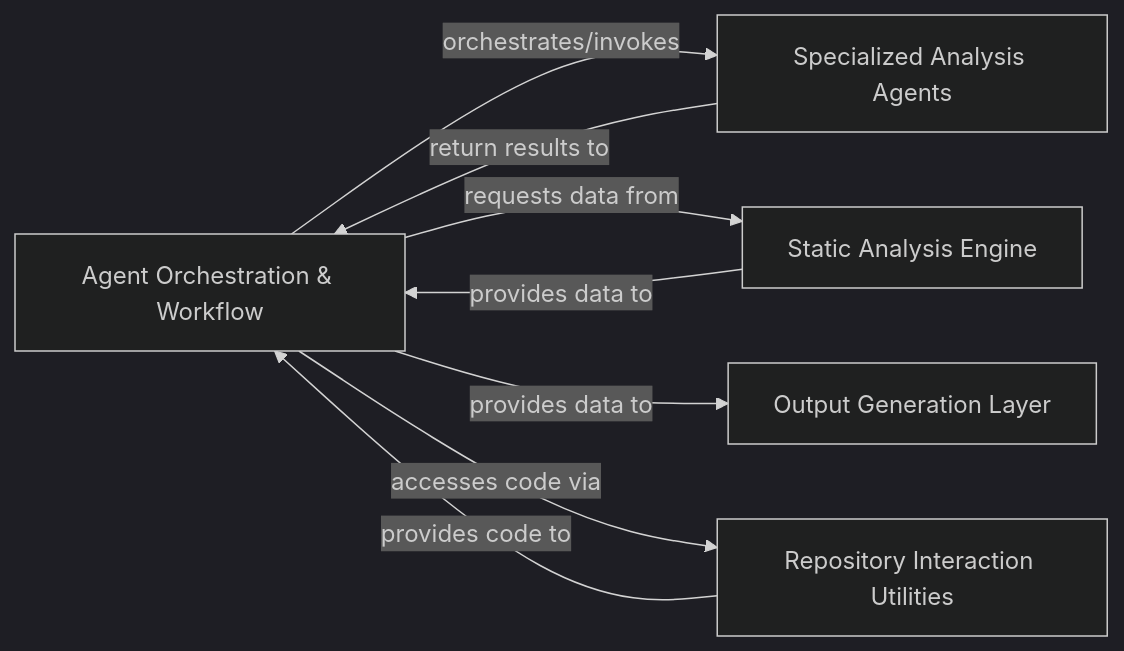
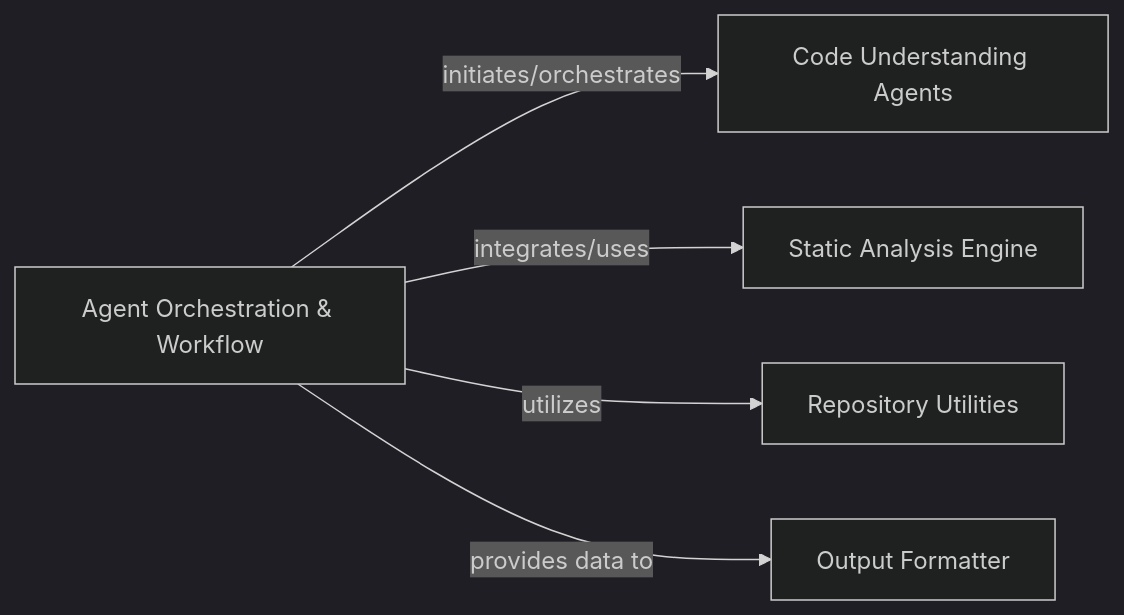
Before and after one commit to mariyam866/CodeBoarding: the diagram in .codeboarding/Agent_Orchestration_Workflow.md, drawn with Mermaid (dark theme). The commit also changed other lines of this file and 10 other files, not shown here.

````diff
--- a/.codeboarding/Agent_Orchestration_Workflow.md
+++ b/.codeboarding/Agent_Orchestration_Workflow.md
@@ -1,16 +1,13 @@
 ```mermaid
 graph LR
     Agent_Orchestration_Workflow["Agent Orchestration & Workflow"]
-    Specialized_Analysis_Agents["Specialized Analysis Agents"]
+    Code_Understanding_Agents["Code Understanding Agents"]
     Static_Analysis_Engine["Static Analysis Engine"]
-    Output_Generation_Layer["Output Generation Layer"]
-    Repository_Interaction_Utilities["Repository Interaction Utilities"]
-    Agent_Orchestration_Workflow -- "orchestrates/invokes" --> Specialized_Analysis_Agents
-    Specialized_Analysis_Agents -- "return results to" --> Agent_Orchestration_Workflow
-    Agent_Orchestration_Workflow -- "requests data from" --> Static_Analysis_Engine
-    Static_Analysis_Engine -- "provides data to" --> Agent_Orchestration_Workflow
-    Agent_Orchestration_Workflow -- "provides data to" --> Output_Generation_Layer
-    Agent_Orchestration_Workflow -- "accesses code via" --> Repository_Interaction_Utilities
-    Repository_Interaction_Utilities -- "provides code to" --> Agent_Orchestration_Workflow
+    Repository_Utilities["Repository Utilities"]
+    Output_Formatter["Output Formatter"]
+    Agent_Orchestration_Workflow -- "initiates/orchestrates" --> Code_Understanding_Agents
+    Agent_Orchestration_Workflow -- "integrates/uses" --> Static_Analysis_Engine
+    Agent_Orchestration_Workflow -- "utilizes" --> Repository_Utilities
+    Agent_Orchestration_Workflow -- "provides data to" --> Output_Formatter
     click Agent_Orchestration_Workflow href "https://github.com/CodeBoarding/CodeBoarding/blob/main/.codeboarding/Agent_Orchestration_Workflow.md" "Details"
 ```
````
